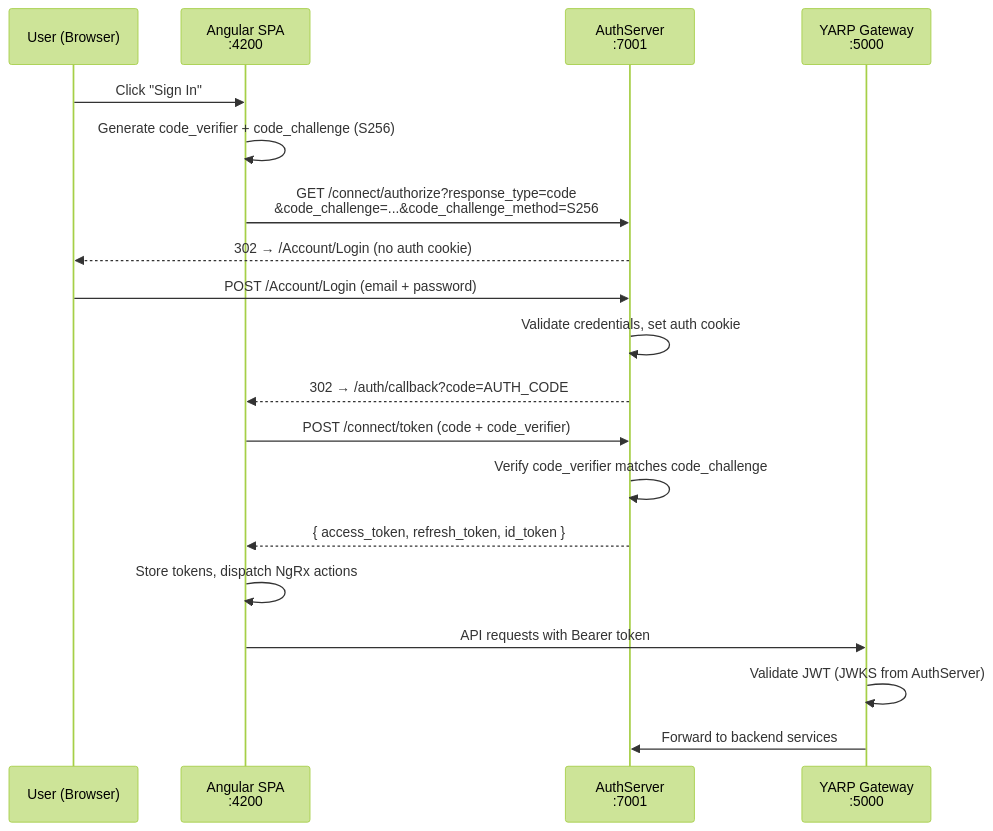
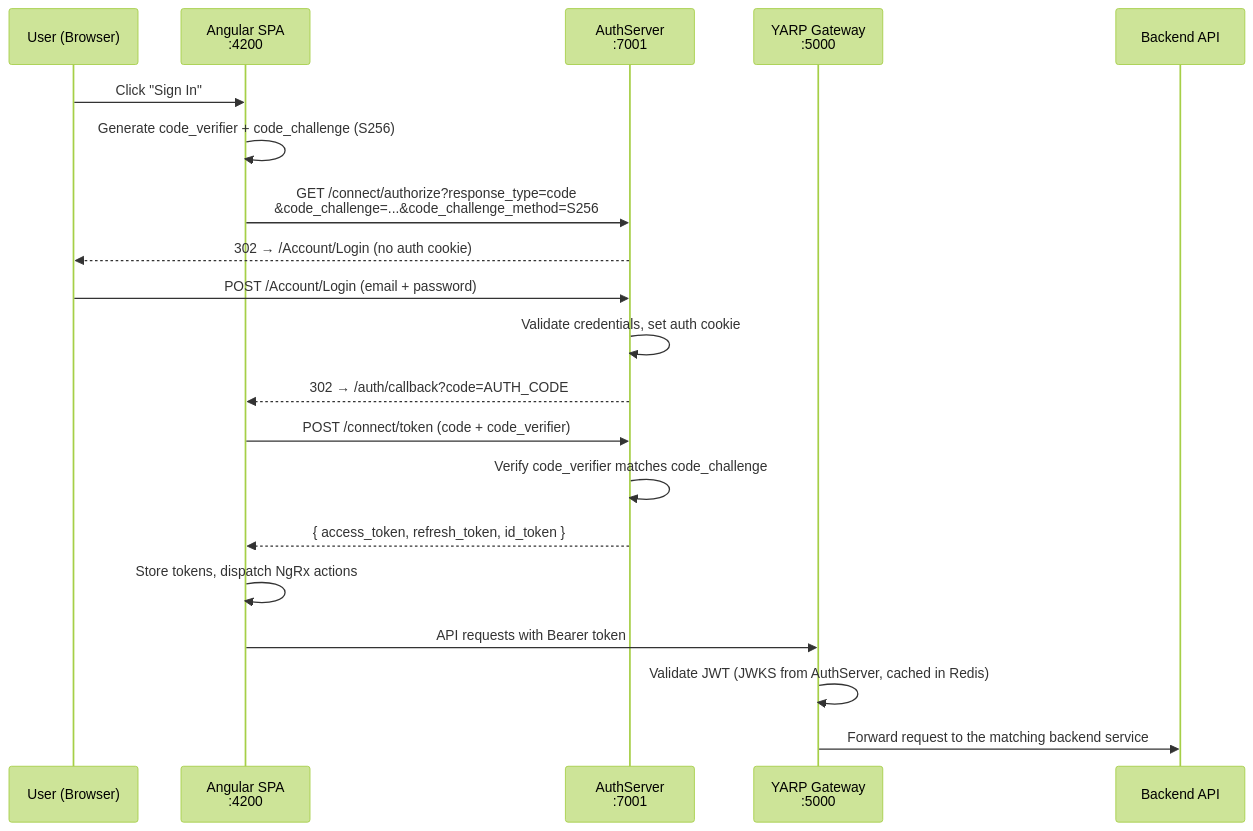
One commit to HariVenkataKrishnaKotha/DesiCorner changed the second of 2 diagrams in README.md. Above: the diagram before and after it, drawn with Mermaid (forest theme). The commit also changed other lines of this file, not shown here.

Commit message:
docs: correct README claims and add limitations and roadmap

````diff
--- a/README.md
+++ b/README.md
@@ -136,22 +142,23 @@
 ```mermaid
 sequenceDiagram
     participant U as User (Browser)
     participant A as Angular SPA<br/>:4200
     participant AS as AuthServer<br/>:7001
     participant G as YARP Gateway<br/>:5000
+    participant S as Backend API
 
     U->>A: Click "Sign In"
     A->>A: Generate code_verifier + code_challenge (S256)
     A->>AS: GET /connect/authorize?response_type=code<br/>&code_challenge=...&code_challenge_method=S256
     AS-->>U: 302 → /Account/Login (no auth cookie)
     U->>AS: POST /Account/Login (email + password)
     AS->>AS: Validate credentials, set auth cookie
     AS-->>A: 302 → /auth/callback?code=AUTH_CODE
     A->>AS: POST /connect/token (code + code_verifier)
     AS->>AS: Verify code_verifier matches code_challenge
     AS-->>A: { access_token, refresh_token, id_token }
     A->>A: Store tokens, dispatch NgRx actions
     A->>G: API requests with Bearer token
-    G->>G: Validate JWT (JWKS from AuthServer)
-    G->>AS: Forward to backend services
+    G->>G: Validate JWT (JWKS from AuthServer, cached in Redis)
+    G->>S: Forward request to the matching backend service
 ```
````
